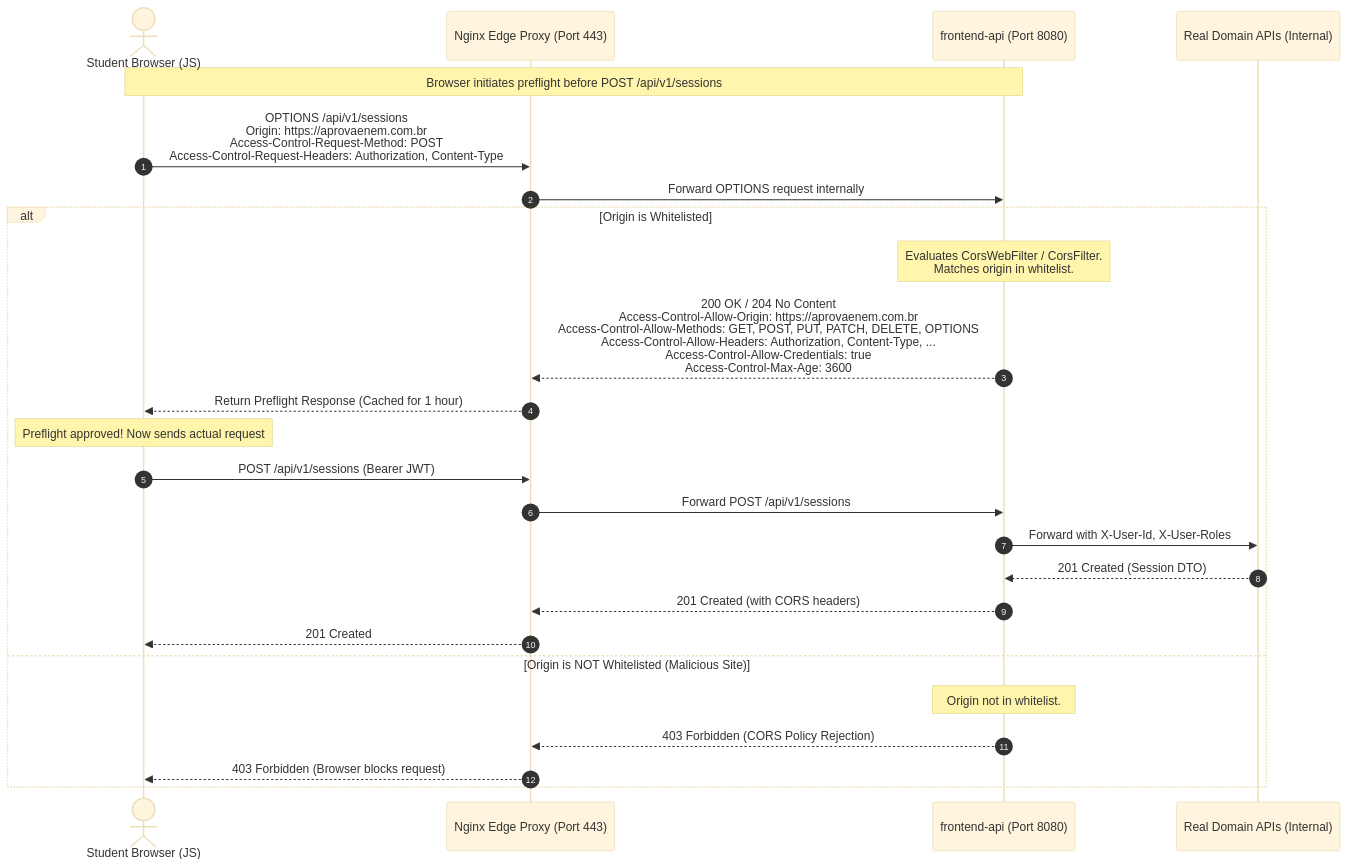
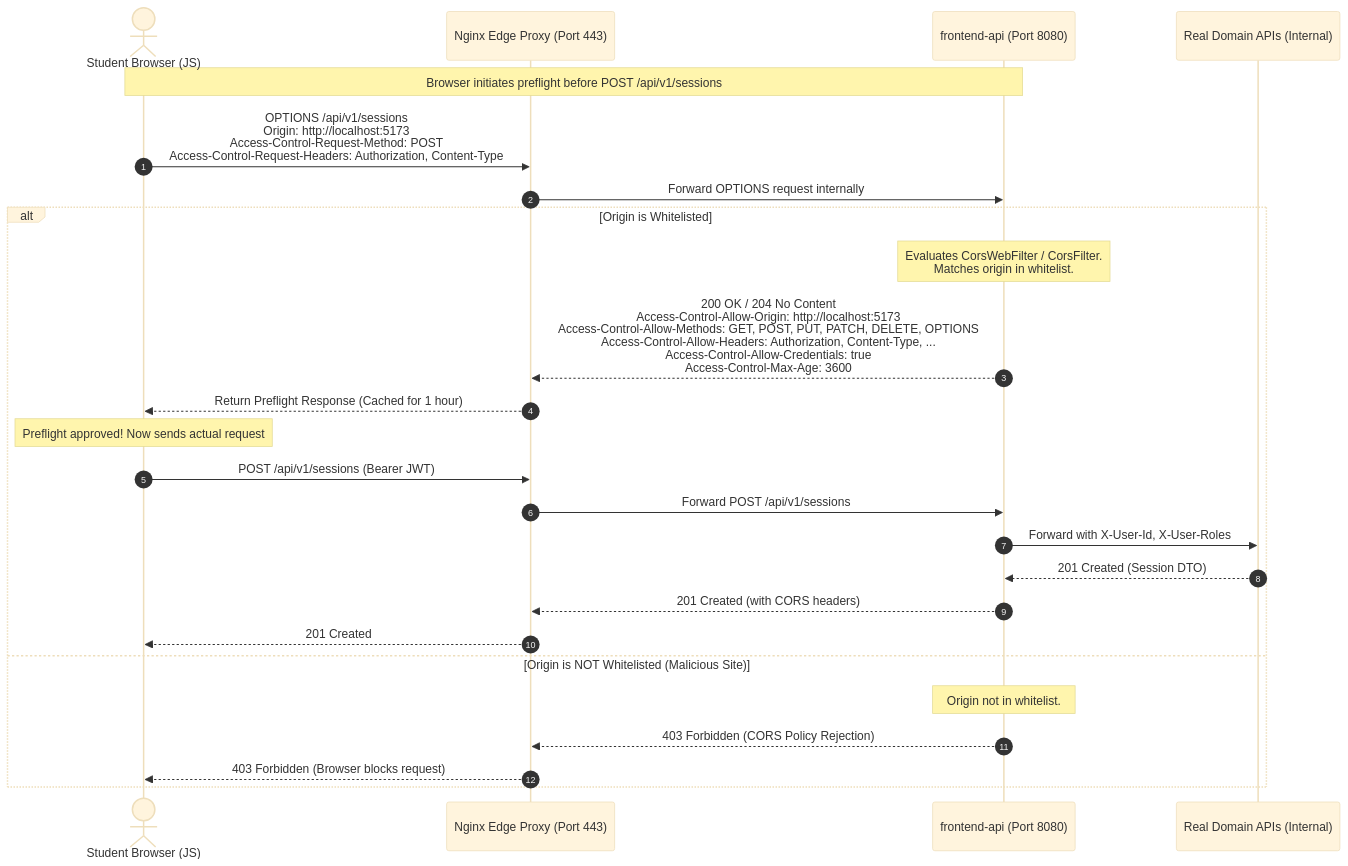
The fourth of 17 diagrams in docs/specifications/03-system-architecture.md (Veras-D/AprovaENEM), drawn with Mermaid (base theme) before and after one commit. The commit also changed other lines of this file and 10 other files, not shown here.

Commit message:
chore(domain): purge all premature production domain references (https://aprovaenem.com.br)

````diff
--- a/docs/specifications/03-system-architecture.md
+++ b/docs/specifications/03-system-architecture.md
@@ -524,30 +524,30 @@
 ```mermaid
 sequenceDiagram
     autonumber
     actor Browser as Student Browser (JS)
     participant Nginx as Nginx Edge Proxy (Port 443)
     participant Gateway as frontend-api (Port 8080)
     participant RealAPI as Real Domain APIs (Internal)
 
     Note over Browser,Gateway: Browser initiates preflight before POST /api/v1/sessions
-    Browser->>Nginx: OPTIONS /api/v1/sessions<br/>Origin: https://aprovaenem.com.br<br/>Access-Control-Request-Method: POST<br/>Access-Control-Request-Headers: Authorization, Content-Type
+    Browser->>Nginx: OPTIONS /api/v1/sessions<br/>Origin: http://localhost:5173<br/>Access-Control-Request-Method: POST<br/>Access-Control-Request-Headers: Authorization, Content-Type
     Nginx->>Gateway: Forward OPTIONS request internally
     
     alt Origin is Whitelisted
         Note over Gateway: Evaluates CorsWebFilter / CorsFilter.<br/>Matches origin in whitelist.
-        Gateway-->>Nginx: 200 OK / 204 No Content<br/>Access-Control-Allow-Origin: https://aprovaenem.com.br<br/>Access-Control-Allow-Methods: GET, POST, PUT, PATCH, DELETE, OPTIONS<br/>Access-Control-Allow-Headers: Authorization, Content-Type, ...<br/>Access-Control-Allow-Credentials: true<br/>Access-Control-Max-Age: 3600
+        Gateway-->>Nginx: 200 OK / 204 No Content<br/>Access-Control-Allow-Origin: http://localhost:5173<br/>Access-Control-Allow-Methods: GET, POST, PUT, PATCH, DELETE, OPTIONS<br/>Access-Control-Allow-Headers: Authorization, Content-Type, ...<br/>Access-Control-Allow-Credentials: true<br/>Access-Control-Max-Age: 3600
         Nginx-->>Browser: Return Preflight Response (Cached for 1 hour)
         
         Note over Browser: Preflight approved! Now sends actual request
         Browser->>Nginx: POST /api/v1/sessions (Bearer JWT)
         Nginx->>Gateway: Forward POST /api/v1/sessions
         Gateway->>RealAPI: Forward with X-User-Id, X-User-Roles
         RealAPI-->>Gateway: 201 Created (Session DTO)
         Gateway-->>Nginx: 201 Created (with CORS headers)
         Nginx-->>Browser: 201 Created
     else Origin is NOT Whitelisted (Malicious Site)
         Note over Gateway: Origin not in whitelist.
         Gateway-->>Nginx: 403 Forbidden (CORS Policy Rejection)
         Nginx-->>Browser: 403 Forbidden (Browser blocks request)
     end
 ```
````
